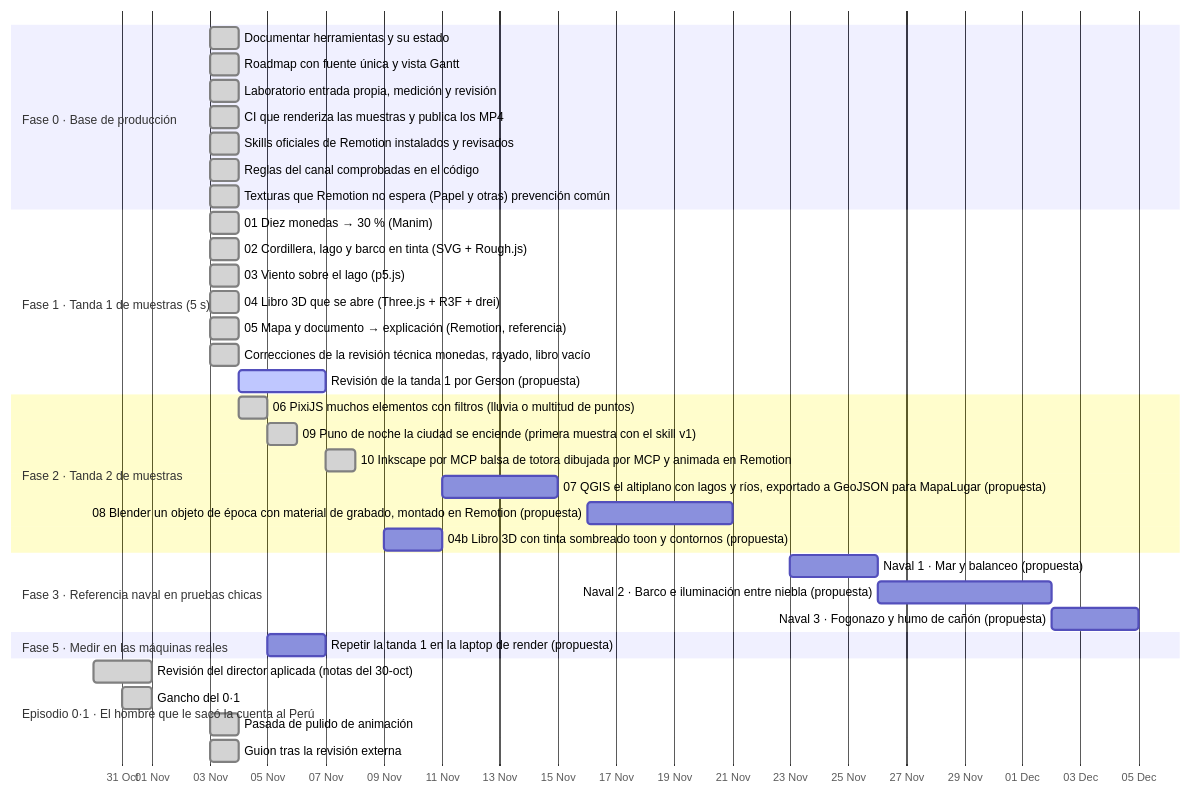
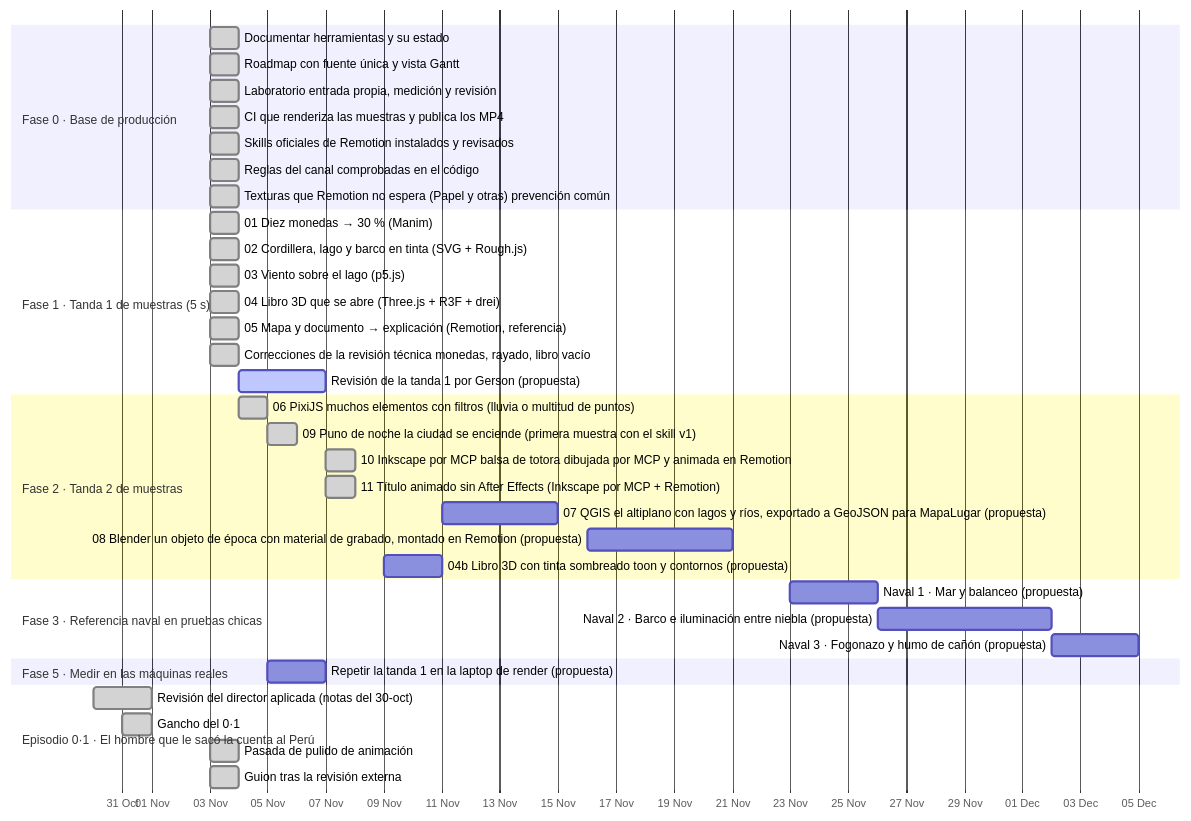
The diagram in ROADMAP.md (Eltiokarma/Remotion_HistoriaPer-), drawn with Mermaid before and after one commit. The commit also changed other lines of this file and 14 other files, not shown here.

First line of the commit message:
Muestra 11: título animado sin After Effects (Inkscape por MCP + Remotion)

````diff
--- a/ROADMAP.md
+++ b/ROADMAP.md
@@ -30,40 +30,41 @@
 ```mermaid
 gantt
   dateFormat YYYY-MM-DD
   axisFormat %d %b
   todayMarker off
   section Fase 0 · Base de producción
   Documentar herramientas y su estado :done, f0herramientas, 2026-11-03, 1d
   Roadmap con fuente única y vista Gantt :done, f0roadmap, 2026-11-03, 1d
   Laboratorio entrada propia, medición y revisión :done, f0laboratorio, 2026-11-03, 1d
   CI que renderiza las muestras y publica los MP4 :done, t1ci, 2026-11-03, 1d
   Skills oficiales de Remotion instalados y revisados :done, f0skillremotion, 2026-11-03, 1d
   Reglas del canal comprobadas en el código :done, f0reglascodigo, 2026-11-03, 1d
   Texturas que Remotion no espera (Papel y otras) prevención común :done, infrapapel, 2026-11-03, 1d
   section Fase 1 · Tanda 1 de muestras (5 s)
   01 Diez monedas → 30 % (Manim) :done, t1manim, 2026-11-03, 1d
   02 Cordillera, lago y barco en tinta (SVG + Rough.js) :done, t1tinta, 2026-11-03, 1d
   03 Viento sobre el lago (p5.js) :done, t1viento, 2026-11-03, 1d
   04 Libro 3D que se abre (Three.js + R3F + drei) :done, t1libro3d, 2026-11-03, 1d
   05 Mapa y documento → explicación (Remotion, referencia) :done, t1mapa, 2026-11-03, 1d
   Correcciones de la revisión técnica monedas, rayado, libro vacío :done, t1correcciones, 2026-11-03, 1d
   Revisión de la tanda 1 por Gerson (propuesta) :active, t1revision, 2026-11-04, 3d
   section Fase 2 · Tanda 2 de muestras
   06 PixiJS muchos elementos con filtros (lluvia o multitud de puntos) :done, t2pixi, 2026-11-04, 1d
   09 Puno de noche la ciudad se enciende (primera muestra con el skill v1) :done, t2puno, 2026-11-05, 1d
   10 Inkscape por MCP balsa de totora dibujada por MCP y animada en Remotion :done, t2inkscape, 2026-11-07, 1d
+  11 Título animado sin After Effects (Inkscape por MCP + Remotion) :done, t2titulo, 2026-11-07, 1d
   07 QGIS el altiplano con lagos y ríos, exportado a GeoJSON para MapaLugar (propuesta) :t2qgis, 2026-11-11, 4d
   08 Blender un objeto de época con material de grabado, montado en Remotion (propuesta) :t2blender, 2026-11-16, 5d
   04b Libro 3D con tinta sombreado toon y contornos (propuesta) :t2toon, 2026-11-09, 2d
   section Fase 3 · Referencia naval en pruebas chicas
   Naval 1 · Mar y balanceo (propuesta) :n1mar, 2026-11-23, 3d
   Naval 2 · Barco e iluminación entre niebla (propuesta) :n2barco, 2026-11-26, 6d
   Naval 3 · Fogonazo y humo de cañón (propuesta) :n3fogonazo, 2026-12-02, 3d
   section Fase 5 · Medir en las máquinas reales
   Repetir la tanda 1 en la laptop de render (propuesta) :f5laptop, 2026-11-05, 2d
   section Episodio 0·1 · El hombre que le sacó la cuenta al Perú
   Revisión del director aplicada (notas del 30-oct) :done, e1revision, 2026-10-30, 2d
   Gancho del 0·1 :done, e1gancho, 2026-10-31, 1d
   Pasada de pulido de animación :done, e1pulido, 2026-11-03, 1d
   Guion tras la revisión externa :done, e1guionexterno, 2026-11-03, 1d
 ```
````
